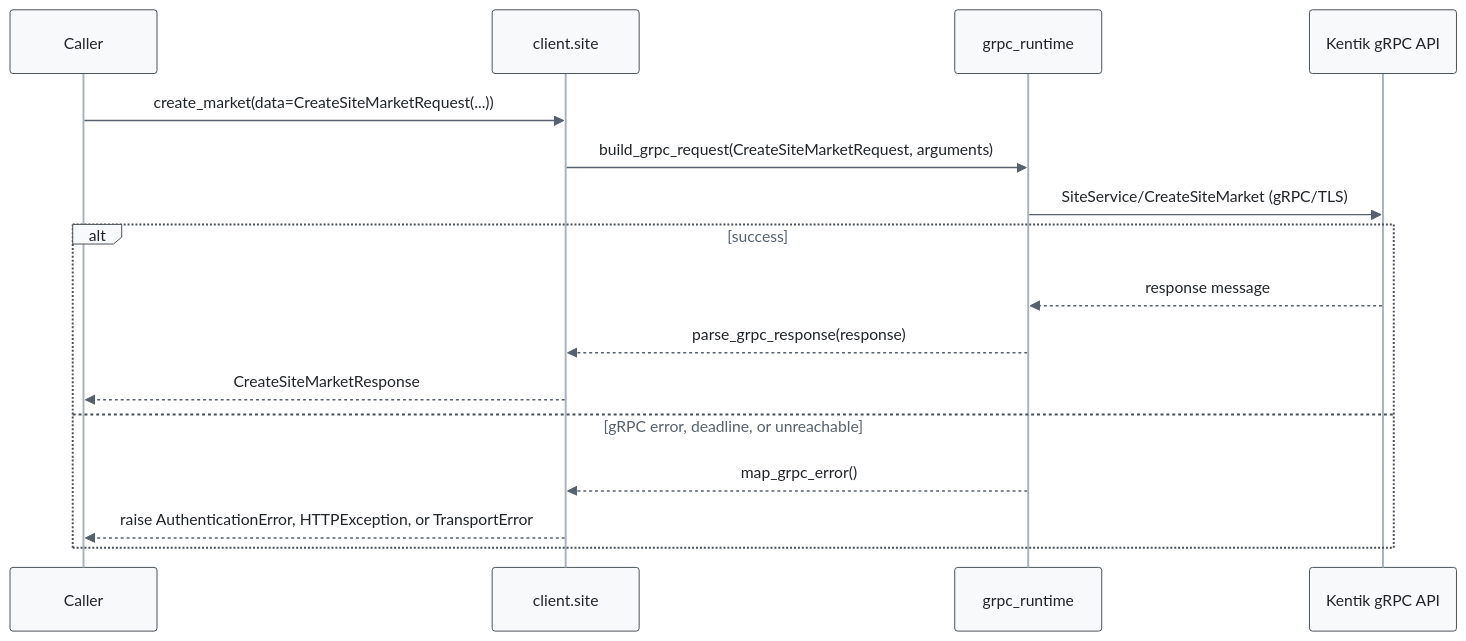
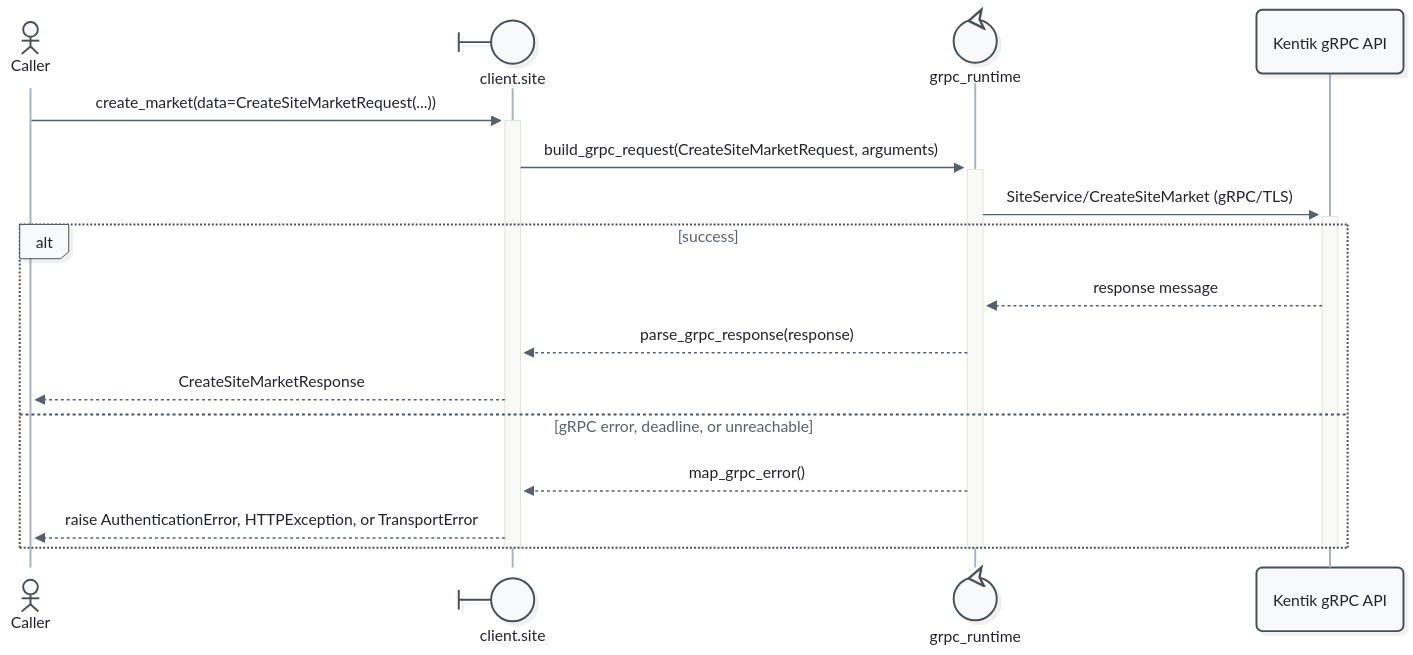
One commit to alexdearaujo/community_sdk_python changed the fourth of 21 diagrams in docs/sphinx/services/site.md. Above: the diagram before and after it, drawn with Mermaid. The commit also changed other lines of this file and 52 other files, not shown here.

First line of the commit message:
docs: Mermaid 12 sequence diagrams with participant types and path colors

````diff
--- a/docs/sphinx/services/site.md
+++ b/docs/sphinx/services/site.md
@@ -125,20 +132,23 @@
 ```mermaid
-%%{init: {"theme": "base", "fontFamily": "ui-monospace, SFMono-Regular, Menlo, monospace", "themeVariables": {"fontFamily": "ui-monospace, SFMono-Regular, Menlo, monospace", "primaryColor": "#f8f9fa", "primaryBorderColor": "#495057", "primaryTextColor": "#212529", "textColor": "#212529", "lineColor": "#77818c", "edgeLabelBackground": "#ffffff", "actorBkg": "#f8f9fa", "actorBorder": "#495057", "actorTextColor": "#212529", "actorLineColor": "#a9b3be", "signalColor": "#57616d", "signalTextColor": "#212529", "labelBoxBkgColor": "#f8f9fa", "labelBoxBorderColor": "#495057", "labelTextColor": "#212529", "loopTextColor": "#57616d", "noteBkgColor": "#fff9db", "noteBorderColor": "#f08c00", "noteTextColor": "#a35a00"}, "flowchart": {"curve": "step", "nodeSpacing": 30, "rankSpacing": 70, "wrappingWidth": 400}}}%%
+%%{init: {"theme": "redux", "look": "neo", "layout": "dagre", "fontFamily": "ui-monospace, SFMono-Regular, Menlo, monospace", "themeVariables": {"fontFamily": "ui-monospace, SFMono-Regular, Menlo, monospace", "primaryColor": "#f8f9fa", "primaryBorderColor": "#495057", "primaryTextColor": "#212529", "textColor": "#212529", "lineColor": "#77818c", "edgeLabelBackground": "#ffffff", "actorBkg": "#f8f9fa", "actorBorder": "#495057", "actorTextColor": "#212529", "actorLineColor": "#a9b3be", "signalColor": "#57616d", "signalTextColor": "#212529", "labelBoxBkgColor": "#f8f9fa", "labelBoxBorderColor": "#495057", "labelTextColor": "#212529", "loopTextColor": "#57616d", "noteBkgColor": "#fff9db", "noteBorderColor": "#f08c00", "noteTextColor": "#a35a00"}, "sequence": {"activationWidth": 16}, "flowchart": {"curve": "step", "nodeSpacing": 30, "rankSpacing": 70, "wrappingWidth": 400}}}%%
 sequenceDiagram
-    participant C as Caller
-    participant W as client.site
-    participant R as grpc_runtime
+    actor C as Caller
+    participant W@{ "type": "boundary" } as client.site
+    participant R@{ "type": "control" } as grpc_runtime
     participant API as Kentik gRPC API
 
-    C->>W: create_market(data=CreateSiteMarketRequest(...))
-    W->>R: build_grpc_request(CreateSiteMarketRequest, arguments)
-    R->>API: SiteService/CreateSiteMarket (gRPC/TLS)
+    C->>+W: create_market(data=CreateSiteMarketRequest(...))
+    W->>+R: build_grpc_request(CreateSiteMarketRequest, arguments)
+    R->>+API: SiteService/CreateSiteMarket (gRPC/TLS)
     alt success
         API-->>R: response message
         R-->>W: parse_grpc_response(response)
         W-->>C: CreateSiteMarketResponse
     else gRPC error, deadline, or unreachable
         R-->>W: map_grpc_error()
         W-->>C: raise AuthenticationError, HTTPException, or TransportError
     end
+    deactivate API
+    deactivate R
+    deactivate W
 ```
````
